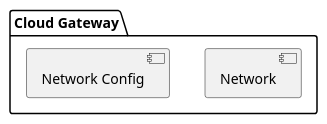
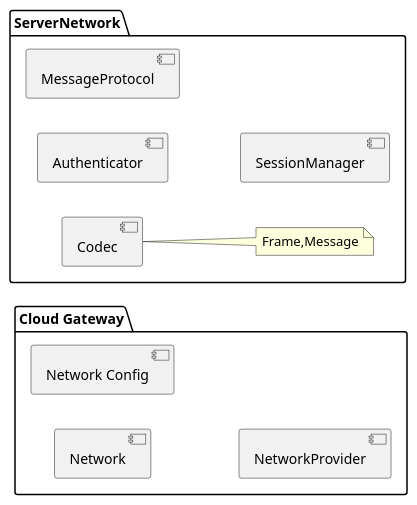
One commit to cqu20141693/java-demo changed the diagram in network-samples/network-core/network.puml. Above: the diagram before and after it, drawn with PlantUML. The commit also changed 30 other files, not shown here.

```diff
--- a/network-samples/network-core/network.puml
+++ b/network-samples/network-core/network.puml
@@ -1,9 +1,21 @@
 @startuml
 'https://plantuml.com/component-diagram
 
 
 package "Cloud Gateway" {
   [Network]
   [Network Config]
+  [NetworkProvider]
   }
+  left to right direction
+  package "ServerNetwork" {
+
+        [Codec]
+         note right: Frame,Message
+        [Authenticator]
+        [MessageProtocol]
+        [SessionManager]
+    }
+
+
 @enduml
```
